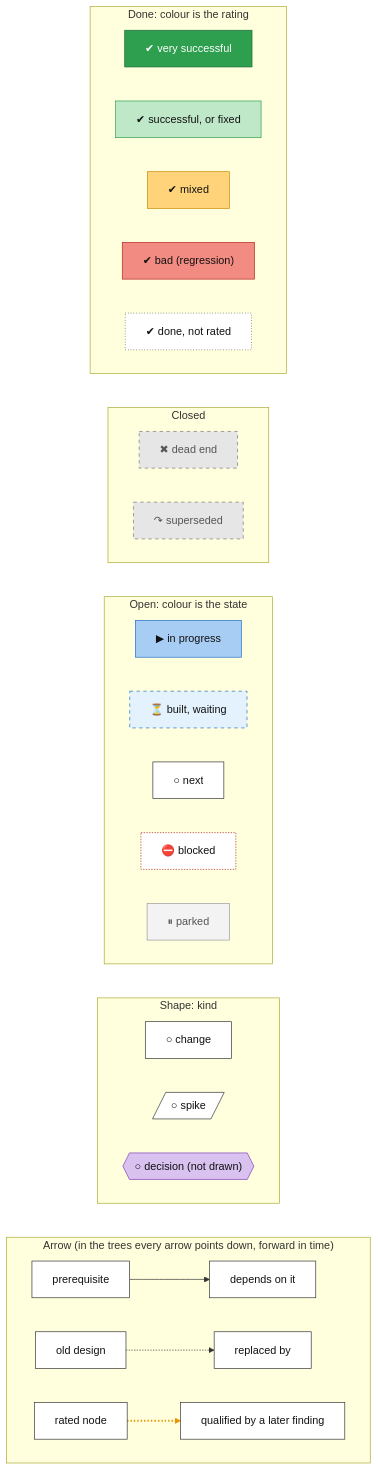
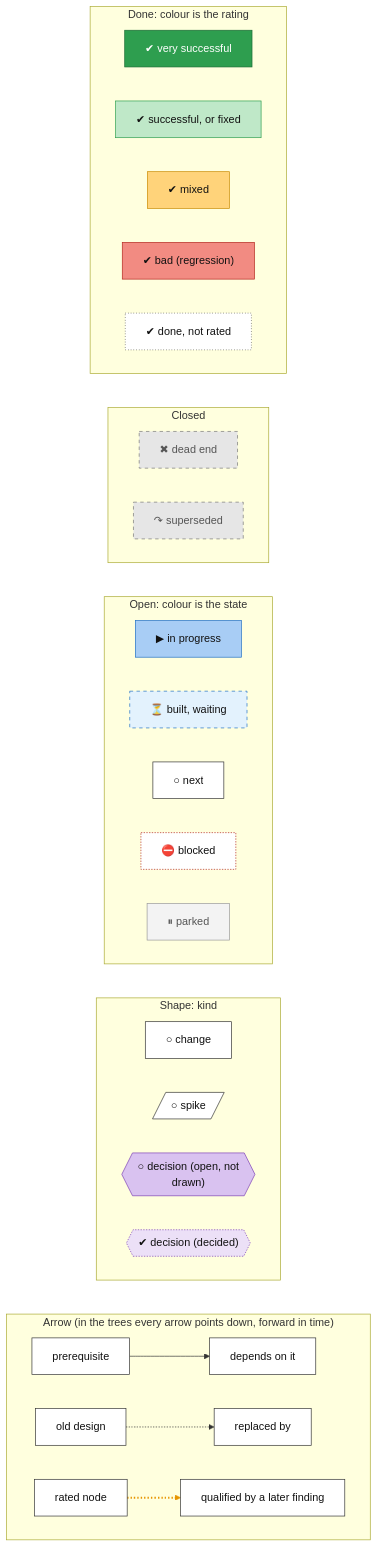
Before and after one commit to lhns/design-skills: the first of 2 diagrams in skills/tech-tree/scripts/tests/library/roadmap.md, drawn with Mermaid. The commit also changed other lines of this file and 19 other files, not shown here.

````diff
--- a/skills/tech-tree/scripts/tests/library/roadmap.md
+++ b/skills/tech-tree/scripts/tests/library/roadmap.md
@@ -8,70 +8,73 @@
 ```mermaid
 flowchart TB
     %% legend
     subgraph lg_g0["Done: colour is the rating"]
         direction LR
         lg_s0["✔ very successful"]
         lg_s1["✔ successful, or fixed"]
         lg_s2["✔ mixed"]
         lg_s3["✔ bad (regression)"]
         lg_s4["✔ done, not rated"]
     end
     subgraph lg_g1["Closed"]
         direction LR
         lg_s5["✖ dead end"]
         lg_s6["↷ superseded"]
     end
     subgraph lg_g2["Open: colour is the state"]
         direction LR
         lg_s7["▶ in progress"]
         lg_s8["⏳ built, waiting"]
         lg_s9["○ next"]
         lg_s10["⛔ blocked"]
         lg_s11["⏸ parked"]
     end
     subgraph lg_shape["Shape: kind"]
         direction LR
         lg_k0["○ change"]
         lg_k1[/"○ spike"/]
-        lg_k2{{"○ decision (not drawn)"}}
+        lg_k2{{"○ decision (open, not<br/>drawn)"}}
+        lg_k3{{"✔ decision (decided)"}}
     end
     subgraph lg_edge["Arrow (in the trees every arrow points down, forward in time)"]
         direction LR
         lg_e0a["prerequisite"]
         lg_e0b["depends on it"]
         lg_e1a["old design"]
         lg_e1b["replaced by"]
         lg_e2a["rated node"]
         lg_e2b["qualified by a later finding"]
     end
     lg_g0 ~~~ lg_g1 ~~~ lg_g2 ~~~ lg_shape ~~~ lg_edge
     lg_e0a --> lg_e0b
     lg_e1a -.-> lg_e1b
     lg_e2a -.-> lg_e2b
     linkStyle 6 stroke:#e69500,stroke-width:3px,stroke-dasharray:2 3
     classDef vsucc fill:#2e9e4f,stroke:#1b6b34,color:#fff
     classDef succ fill:#bfe8c8,stroke:#2e9e4f,color:#111
     classDef mixed fill:#ffd37a,stroke:#c98a00,color:#111
     classDef bad fill:#f28b82,stroke:#b3261e,color:#111
     classDef dead fill:#e6e6e6,stroke:#777,stroke-dasharray:5 5,color:#555
     classDef inprog fill:#a8cdf5,stroke:#1f6fc5,color:#111
     classDef next fill:#fff,stroke:#333,color:#111
     classDef blocked fill:#fff,stroke:#b3261e,stroke-dasharray:2 2,color:#111
     classDef parked fill:#f3f3f3,stroke:#999,color:#555
     classDef unrated fill:#fff,stroke:#333,stroke-dasharray:1 3,color:#111
     classDef gate fill:#d9c2f0,stroke:#7b3fb5,color:#111
+    classDef decided fill:#ece0f7,stroke:#7b3fb5,stroke-dasharray:2 2,color:#111
     classDef finding fill:#ffe0b2,stroke:#d84315,stroke-width:2px,color:#111
     classDef waiting fill:#e3f2fd,stroke:#1f6fc5,stroke-dasharray:5 5,color:#111
     class lg_s0 vsucc
     class lg_s1 succ
     class lg_s2 mixed
     class lg_s3 bad
     class lg_s4 unrated
     class lg_s5,lg_s6 dead
     class lg_s7 inprog
     class lg_s8 waiting
     class lg_s9,lg_k0,lg_k1,lg_e0a,lg_e0b,lg_e1a,lg_e1b,lg_e2a,lg_e2b next
     class lg_s10 blocked
     class lg_s11 parked
     class lg_k2 gate
+    class lg_k3 decided
 ```
````
